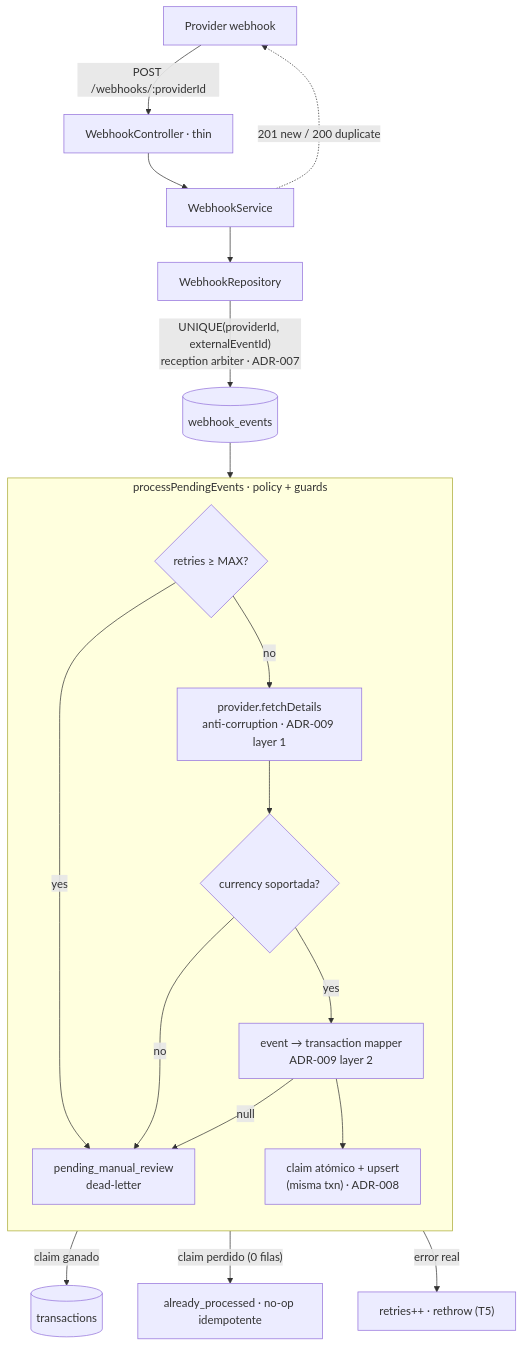
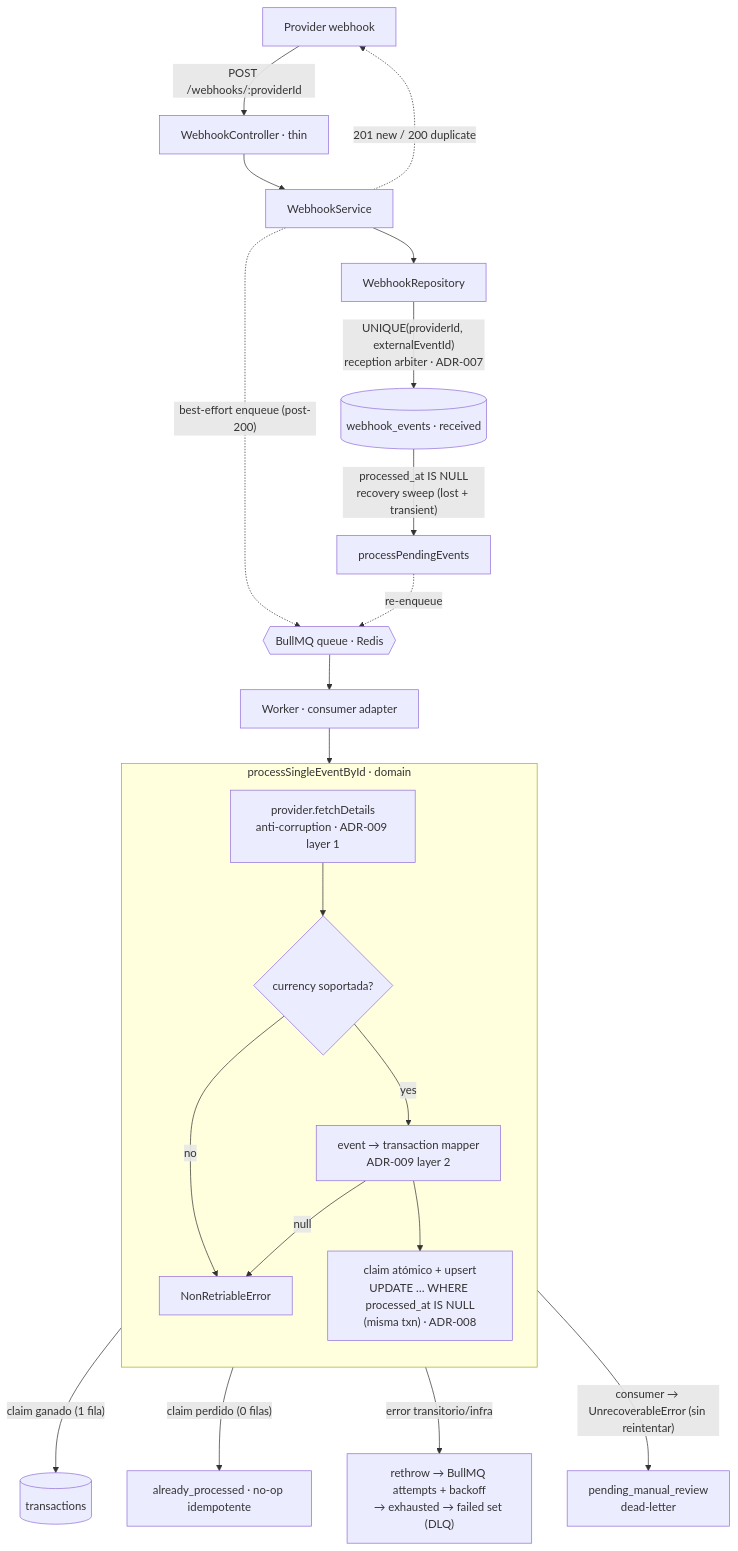
Before and after one commit to jdimodugno/payment-reconciliation-hub: the diagram in README.md, drawn with Mermaid. The commit also changed other lines of this file and 16 other files, not shown here.

First line of the commit message:
feat(webhooks): retry/backoff + dead-letter (ADR-010) + concurrent-redelivery e2e (#16)

````diff
--- a/README.md
+++ b/README.md
@@ -114,26 +115,29 @@
 ```mermaid
 flowchart TD
   P[Provider webhook] -->|POST /webhooks/:providerId| C[WebhookController · thin]
   C --> S1[WebhookService]
   S1 --> R1[WebhookRepository]
-  R1 -->|"UNIQUE(providerId, externalEventId)<br/>reception arbiter · ADR-007"| WE[(webhook_events)]
+  R1 -->|"UNIQUE(providerId, externalEventId)<br/>reception arbiter · ADR-007"| WE[(webhook_events · received)]
   S1 -. "201 new / 200 duplicate" .-> P
 
-  WE --> PP
+  S1 -.->|"best-effort enqueue (post-200)"| Q
+  WE -->|"processed_at IS NULL<br/>recovery sweep (lost + transient)"| SW[processPendingEvents]
+  SW -.->|"re-enqueue"| Q
 
-  subgraph PP[processPendingEvents · policy + guards]
+  Q{{"BullMQ queue · Redis"}} --> W[Worker · consumer adapter]
+  W --> PROC
+
+  subgraph PROC[processSingleEventById · domain]
     direction TB
-    G1{"retries ≥ MAX?"} -->|yes| DL
-    G1 -->|no| EN["provider.fetchDetails<br/>anti-corruption · ADR-009 layer 1"]
-    EN --> G2{"currency soportada?"}
-    G2 -->|no| DL
+    EN["provider.fetchDetails<br/>anti-corruption · ADR-009 layer 1"] --> G2{"currency soportada?"}
+    G2 -->|no| NR
     G2 -->|yes| MAP["event → transaction mapper<br/>ADR-009 layer 2"]
-    MAP -->|null| DL
-    MAP --> CLAIM["claim atómico + upsert<br/>(misma txn) · ADR-008"]
+    MAP -->|null| NR
+    MAP --> CLAIM["claim atómico + upsert<br/>UPDATE … WHERE processed_at IS NULL<br/>(misma txn) · ADR-008"]
   end
 
-  CLAIM -->|claim ganado| TX[(transactions)]
+  CLAIM -->|"claim ganado (1 fila)"| TX[(transactions)]
   CLAIM -->|"claim perdido (0 filas)"| AP["already_processed · no-op idempotente"]
-  CLAIM -->|error real| RT["retries++ · rethrow (T5)"]
-  DL["pending_manual_review<br/>dead-letter"]
+  CLAIM -->|"error transitorio/infra"| TR["rethrow → BullMQ attempts + backoff<br/>→ exhausted → failed set (DLQ)"]
+  NR["NonRetriableError"] -->|"consumer → UnrecoverableError (sin reintentar)"| DL["pending_manual_review<br/>dead-letter"]
 ```
````
